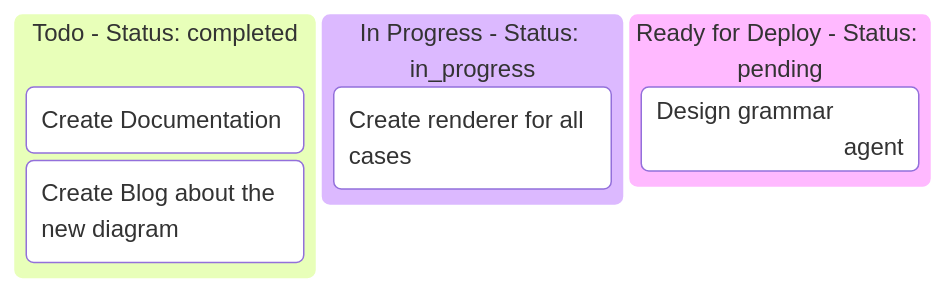
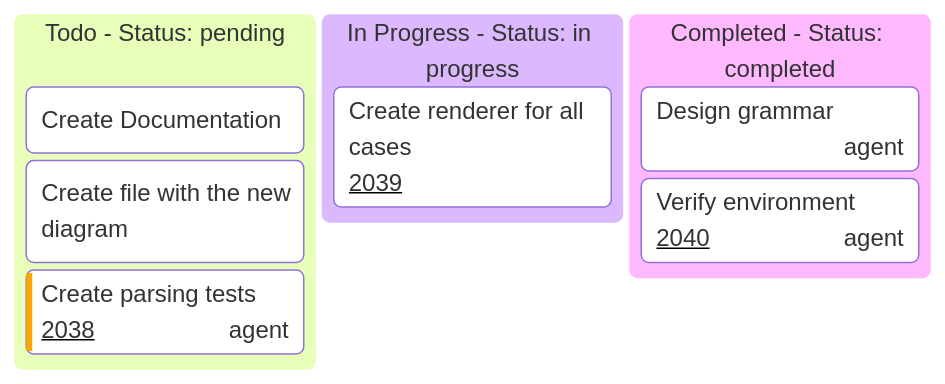
The eighth of 9 diagrams in agent-log-analysis/SKILL.md (Cogni-AI-OU/cogni-ai-agentic-collections), drawn with Mermaid before and after one commit. The commit also changed other lines of this file, not shown here.

Commit message:
Merge pull request #74 from Cogni-AI-OU/opencode/dispatch-721ef4-20260505124517
Fix Kanban logic & statuses in SKILL.md

````diff
--- a/agent-log-analysis/SKILL.md
+++ b/agent-log-analysis/SKILL.md
@@ -254,10 +260,17 @@
 ```mermaid
+---
+config:
+  kanban:
+    ticketBaseUrl: 'https://github.com/{owner}/{repo}/issues/#TICKET#'
+---
 kanban
-  Todo - Status: completed
+  Todo - Status: pending
     [Create Documentation]
-    docs[Create Blog about the new diagram]
-  In Progress - Status: in_progress
-    id6[Create renderer for all cases]
-  Ready for Deploy - Status: pending
+    docs[Create file with the new diagram]
+    id4[Create parsing tests]@{ ticket: 2038, assigned: 'agent', priority: 'High' }
+  In Progress - Status: in progress
+    id6[Create renderer for all cases]@{ ticket: 2039, priority: 'Medium' }
+  Completed - Status: completed
     id8[Design grammar]@{ assigned: 'agent' }
+    id9[Verify environment]@{ ticket: 2040, assigned: 'agent' }
 ```
````
